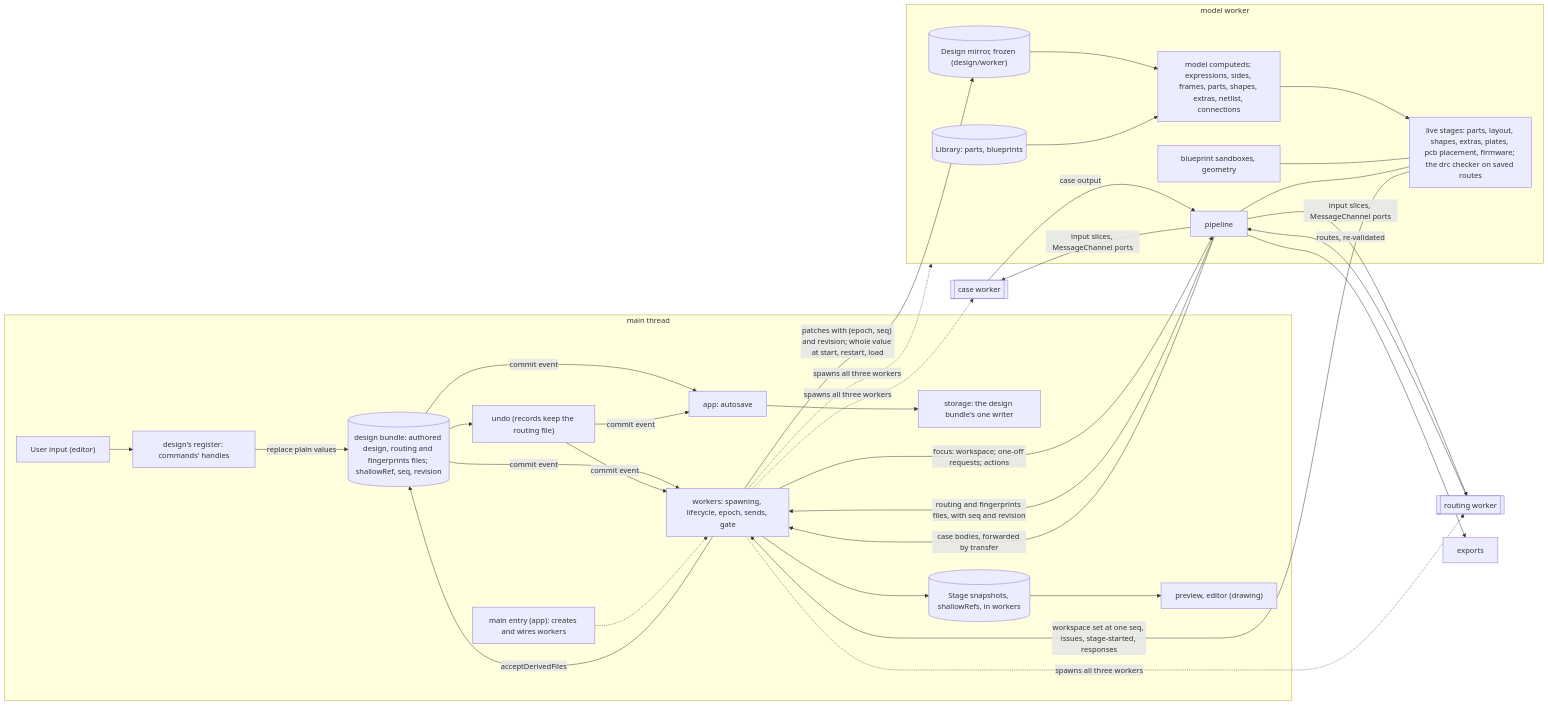
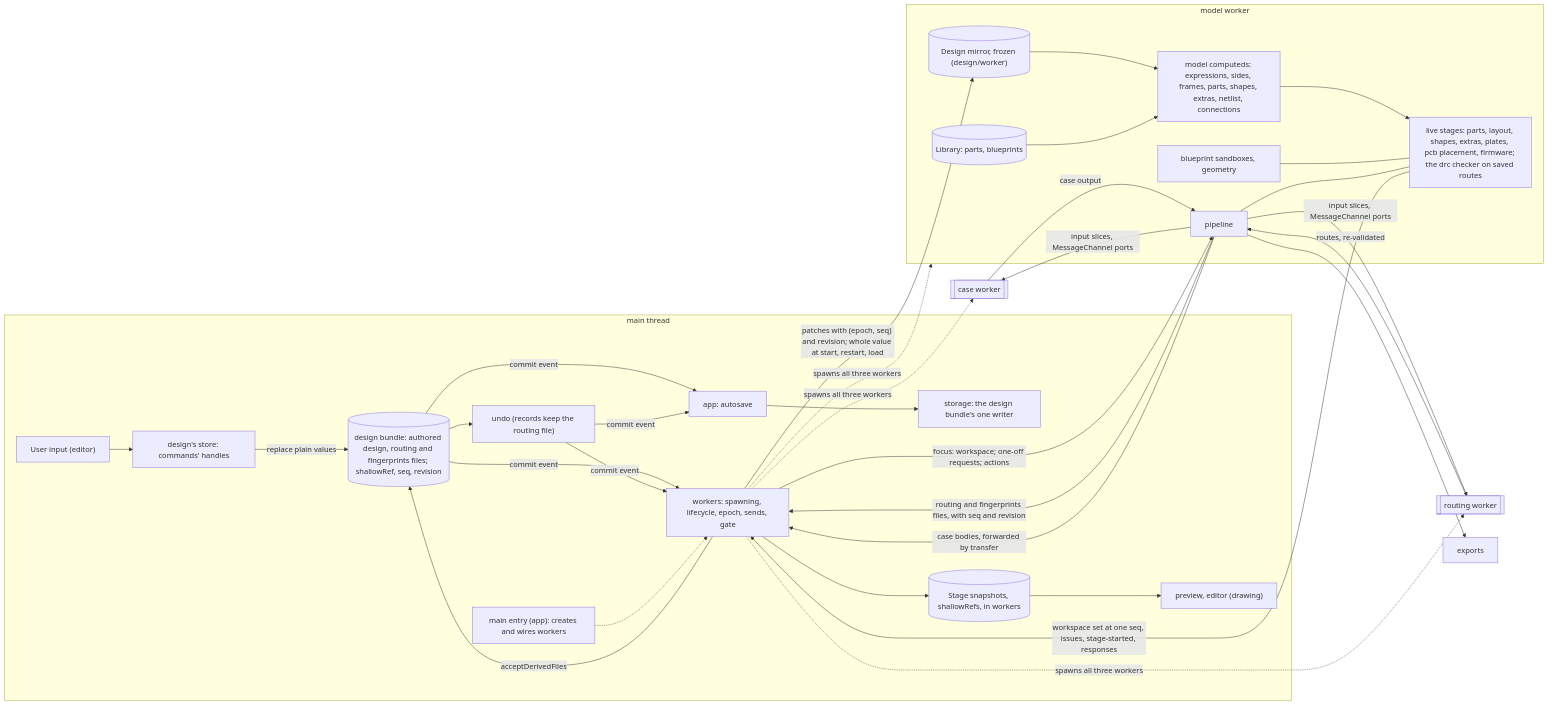
One commit to KeebCAD/keeb-cad changed the first of 4 diagrams in _bmad-output/architecture-keeb-cad-layout-model/architecture-keeb-cad-layout-model.md. Above: the diagram before and after it, drawn with Mermaid. The commit also changed other lines of this file and 3 other files, not shown here.

First line of the commit message:
docs: merge register and state into DesignStore in the spine

````diff
--- a/_bmad-output/architecture-keeb-cad-layout-model/architecture-keeb-cad-layout-model.md
+++ b/_bmad-output/architecture-keeb-cad-layout-model/architecture-keeb-cad-layout-model.md
@@ -151,31 +151,31 @@
 ```mermaid
 graph LR
   subgraph Main [main thread]
-    U["User input (editor)"] --> C["design's register: commands' handles"]
+    U["User input (editor)"] --> C["design's store: commands' handles"]
     C -->|replace plain values| D[("design bundle: authored design, routing and fingerprints files; shallowRef, seq, revision")]
     D --> UN["undo (records keep the routing file)"]
     D & UN -->|commit event| LK["workers: spawning, lifecycle, epoch, sends, gate"]
     D & UN -->|commit event| AS["app: autosave"]
     AS --> ST["storage: the design bundle's one writer"]
     LK --> SN[(Stage snapshots, shallowRefs, in workers)] --> PV["preview, editor (drawing)"]
     LK -->|acceptDerivedFiles| D
     EN["main entry (app): creates and wires workers"] -.-> LK
   end
   subgraph MW [model worker]
     DM[("Design mirror, frozen (design/worker)")] --> R["model computeds: expressions, sides, frames, parts, shapes, extras, netlist, connections"]
     CAT[(Library: parts, blueprints)] --> R
     R --> LS["live stages: parts, layout, shapes, extras, plates, pcb placement, firmware; the drc checker on saved routes"]
     BS[blueprint sandboxes, geometry] --- LS
     PL[pipeline] --- LS
   end
   LK -.->|spawns all three workers| MW & CS & RT
   LK -->|"patches with (epoch, seq) and revision; whole value at start, restart, load"| DM
   LK -->|"focus: workspace; one-off requests; actions"| PL
   LS -->|"workspace set at one seq, issues, stage-started, responses"| LK
   PL -->|"routing and fingerprints files, with seq and revision"| LK
   PL -->|"input slices, MessageChannel ports"| CS[[case worker]] & RT[[routing worker]]
   RT -->|routes, re-validated| PL
   CS -->|case output| PL
   PL -->|case bodies, forwarded by transfer| LK
   PL --> EX[exports]
 ```
````
